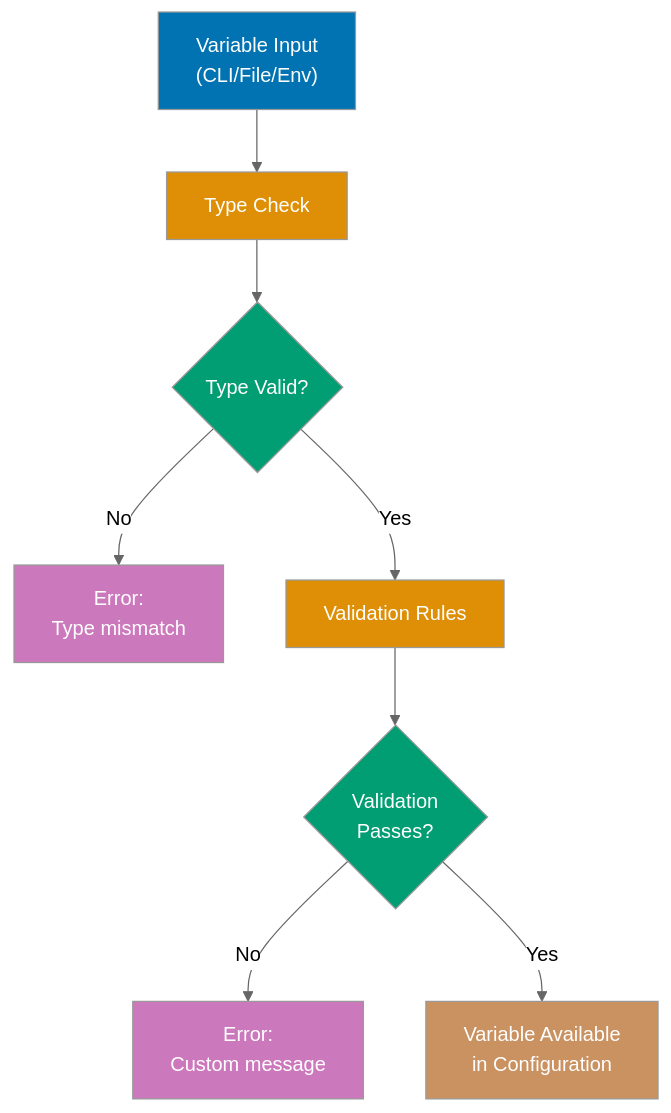
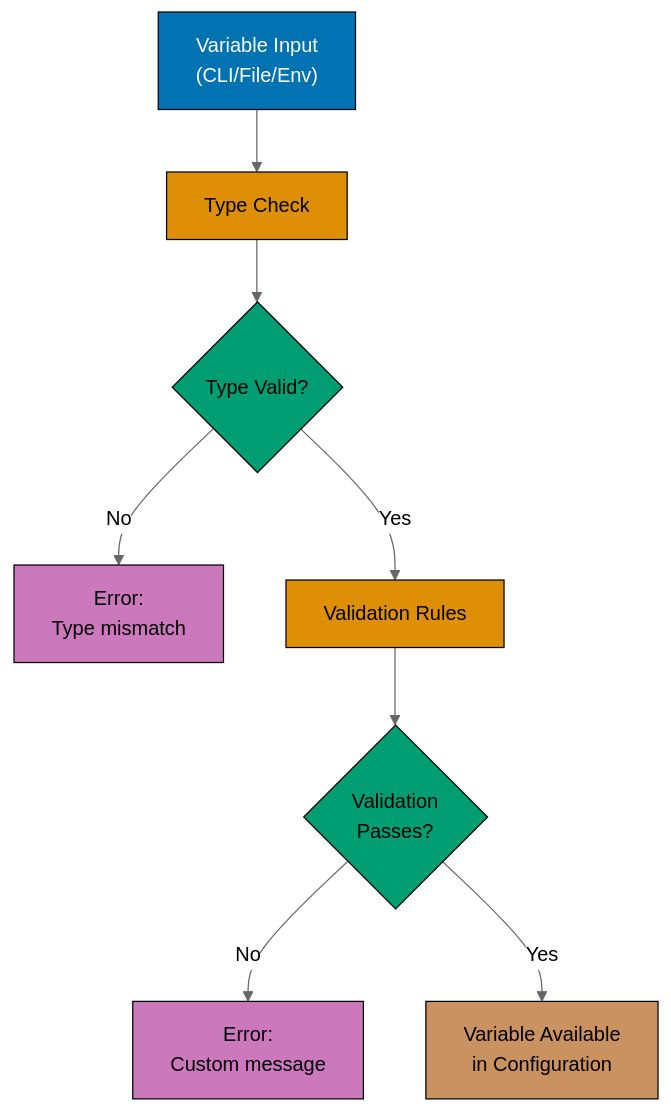
Before and after one commit to wahidyankf/ose-public: the fourth of 6 diagrams in apps/ayokoding-www/content/en/learn/legacy/software-engineering/infrastructure/tools/terraform/by-example/beginner.md, drawn with Mermaid (neutral theme). The commit also changed other lines of this file and 131 other files, not shown here.

First line of the commit message:
fix(mermaid): bring the legacy data, infrastructure, and testing diagrams onto the accessible palette

````diff
--- a/apps/ayokoding-www/content/en/learn/legacy/software-engineering/infrastructure/tools/terraform/by-example/beginner.md
+++ b/apps/ayokoding-www/content/en/learn/legacy/software-engineering/infrastructure/tools/terraform/by-example/beginner.md
@@ -1183,20 +1206,28 @@
 ```mermaid
 %% Color Palette: Blue #0173B2, Orange #DE8F05, Teal #029E73, Purple #CC78BC, Brown #CA9161
 graph TD
+ accTitle: Example 11: Input Variables
+ accDescr: Graph with 8 nodes and 7 connections. Nodes: Variable Input 40CLI/File/Env41, Type Check, Type Valid?, Error: Type mismatch, Validation Rules, Validation Passes?, Error: Custom message, Variable Available in Configuration. Connections: Variable Input 40CLI/File/Env41 to Type Check, Type Check to Type Valid?, Type Valid? to Error: Type mismatch (No), Type Valid? to Validation Rules (Yes), Validation Rules to Validation Passes?, Validation Passes? to Error: Custom message (No), Validation Passes? to Variable Available in Configuration (Yes).
  A["Variable Input<br/>#40;CLI/File/Env#41;"] --> B["Type Check"]
  B --> C{"Type Valid?"}
  C -->|No| D["Error:<br/>Type mismatch"]
  C -->|Yes| E["Validation Rules"]
  E --> F{"Validation<br/>Passes?"}
  F -->|No| G["Error:<br/>Custom message"]
  F -->|Yes| H["Variable Available<br/>in Configuration"]
 
- style A fill:#0173B2,color:#fff
- style B fill:#DE8F05,color:#fff
- style C fill:#029E73,color:#fff
- style D fill:#CC78BC,color:#fff
- style E fill:#DE8F05,color:#fff
- style F fill:#029E73,color:#fff
- style G fill:#CC78BC,color:#fff
- style H fill:#CA9161,color:#fff
+ classDef pal-0173B2 fill:#0173B2,stroke:#000000,color:#FFFFFF
+ class A pal-0173B2
+ classDef pal-DE8F05 fill:#DE8F05,stroke:#000000,color:#000000
+ class B pal-DE8F05
+ classDef pal-029E73 fill:#029E73,stroke:#000000,color:#000000
+ class C pal-029E73
+ classDef pal-CC78BC fill:#CC78BC,stroke:#000000,color:#000000
+ class D pal-CC78BC
+ class E pal-DE8F05
+ class F pal-029E73
+ class G pal-CC78BC
+ classDef pal-CA9161 fill:#CA9161,stroke:#000000,color:#000000
+ class H pal-CA9161
+ classDef default fill:#FFFFFF,stroke:#000000,color:#000000
 ```
````
